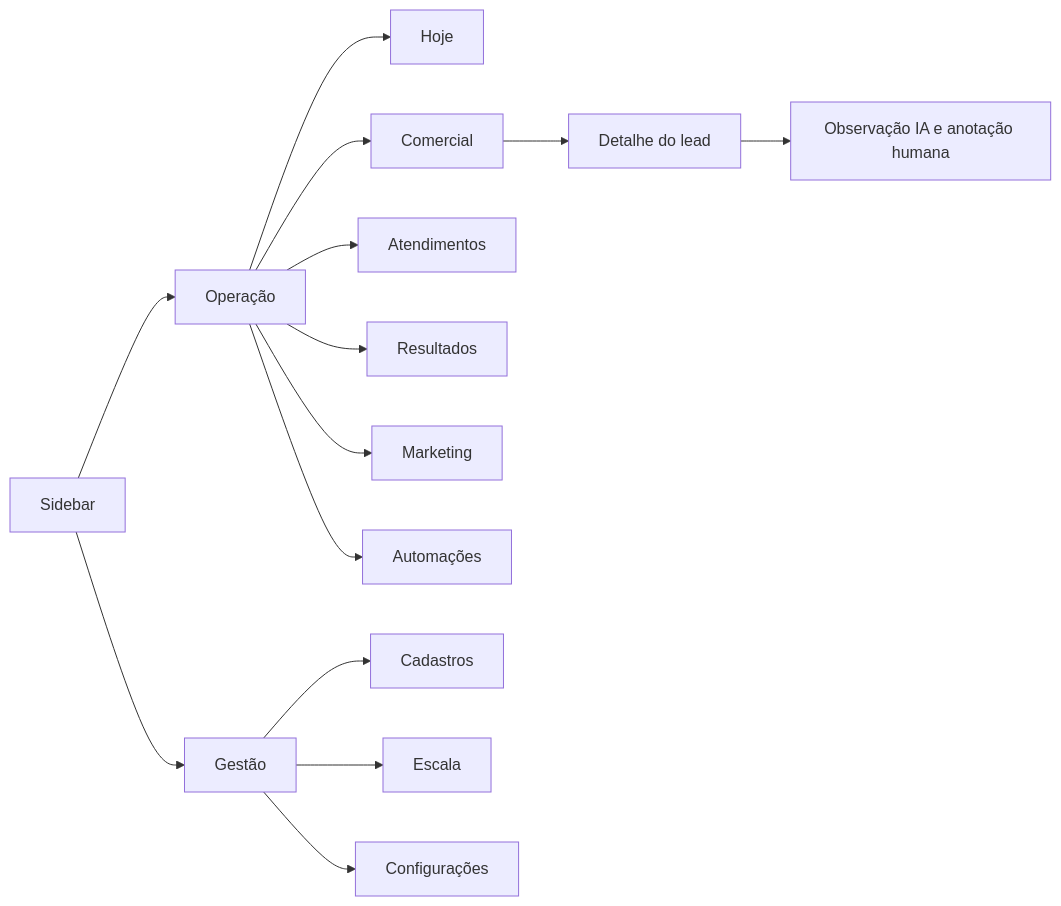
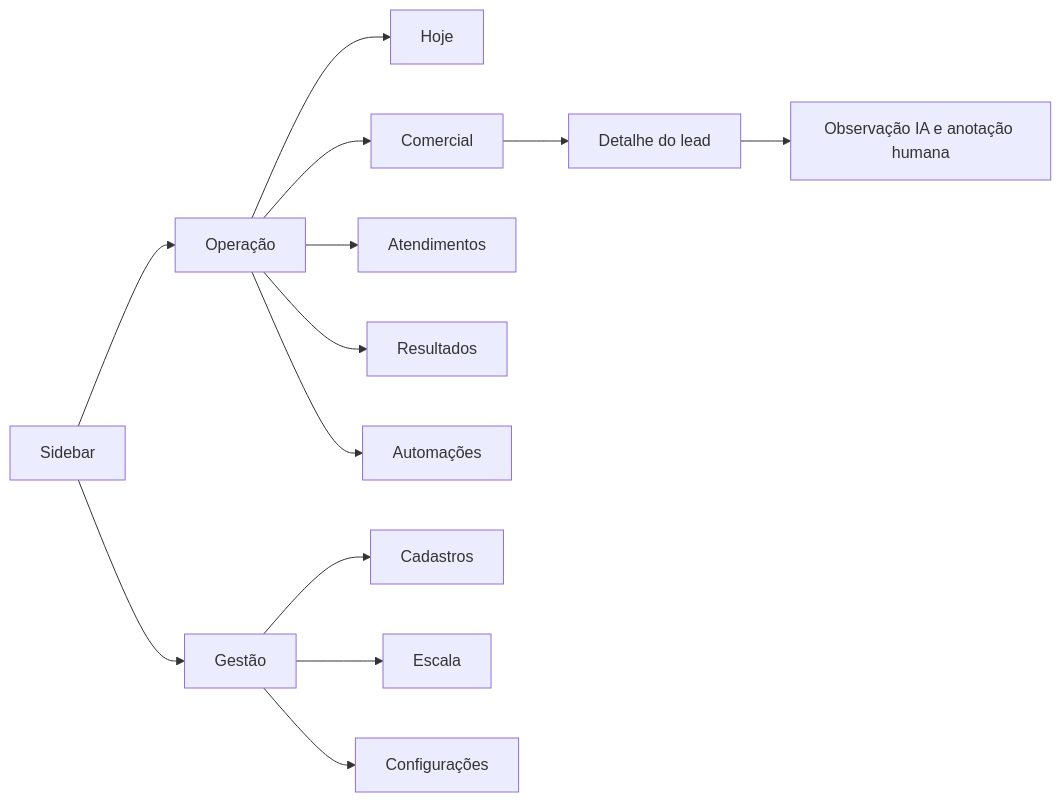
Before and after one commit to projetoninacrm/suavisaodnz: the diagram in docs/PLANO-REFATORACAO-LAYOUT.md, drawn with Mermaid. The commit also changed other lines of this file and 182 other files, not shown here.

````diff
--- a/docs/PLANO-REFATORACAO-LAYOUT.md
+++ b/docs/PLANO-REFATORACAO-LAYOUT.md
@@ -51,16 +50,15 @@
 ```mermaid
 flowchart LR
   S[Sidebar] --> O[Operação]
   S --> G[Gestão]
   O --> H[Hoje]
   O --> C[Comercial]
   O --> A[Atendimentos]
   O --> R[Resultados]
-  O --> M[Marketing]
   O --> AU[Automações]
   G --> CA[Cadastros]
   G --> E[Escala]
   G --> CO[Configurações]
   C --> D[Detalhe do lead]
   D --> IA[Observação IA e anotação humana]
 ```
````
